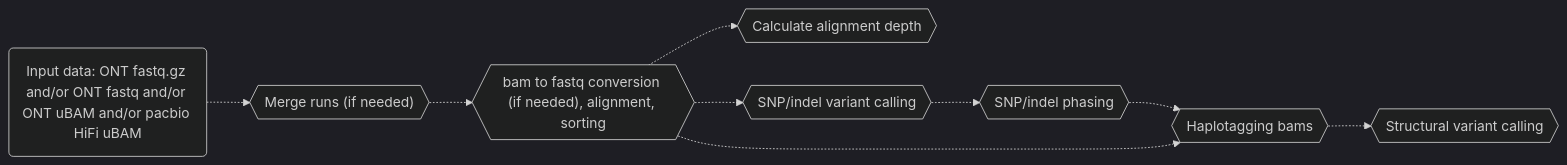
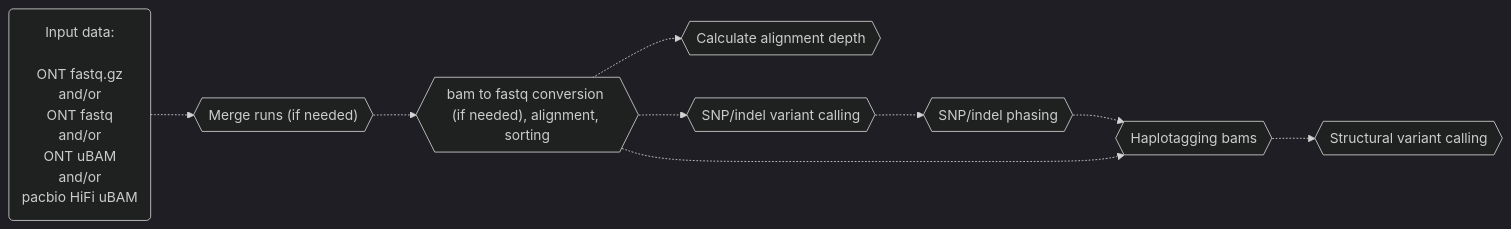
The first of 2 diagrams in README.md (leahkemp/pipeface), drawn with Mermaid before and after one commit. The commit also changed other lines of this file, not shown here.

````diff
--- a/README.md
+++ b/README.md
@@ -16,18 +16,18 @@
 ```mermaid
 %%{init: {'theme':'dark'}}%%
 flowchart LR
 
-input_data("Input data: ONT fastq.gz and/or ONT fastq and/or ONT uBAM and/or pacbio HiFi uBAM")
+input_data("Input data: \n\n ONT fastq.gz \n and/or \n ONT fastq \n and/or \n ONT uBAM \n and/or \n pacbio HiFi uBAM")
 merging{{"Merge runs (if needed)"}}
 alignment{{"bam to fastq conversion (if needed), alignment, sorting"}}
 depth{{"Calculate alignment depth"}}
 snp_indel_calling{{"SNP/indel variant calling"}}
 snp_indel_phasing{{"SNP/indel phasing"}}
 haplotagging{{"Haplotagging bams"}}
 sv_calling{{"Structural variant calling"}}
 
 input_data-.->merging-.->alignment-.->snp_indel_calling-.->snp_indel_phasing-.->haplotagging-.->sv_calling
 alignment-.->depth
 alignment-.->haplotagging
 
 ```
````
